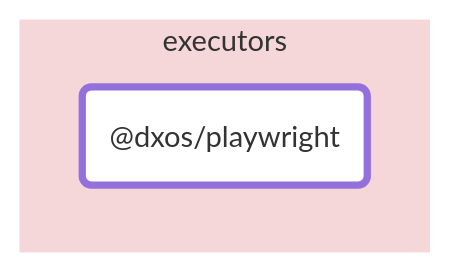
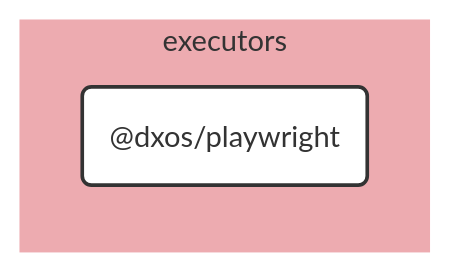
One commit to dxos/dxos changed the diagram in tools/executors/playwright/docs/README.md. Above: the diagram before and after it, drawn with Mermaid. The commit also changed 100 other files, not shown here.

````diff
--- a/tools/executors/playwright/docs/README.md
+++ b/tools/executors/playwright/docs/README.md
@@ -7,12 +7,25 @@
 ```mermaid
-flowchart LR;
+%%{ init: {'flowchart':{'curve':'basis'}} }%%
 
-style dxos/playwright fill:#fff,stroke-width:4px;
+flowchart LR
+
+%% Links
+
+%% Sections
+subgraph executors
+  style executors fill:#edabb0,stroke:#fff;
+
+  dxos/playwright("@dxos/playwright")
+end
 
 
-subgraph executors
-  style executors fill:#f5d6d9,stroke:#fff;
-  dxos/playwright("@dxos/playwright");
-end
+%% Hyperlinks
+
+%% Styles
+classDef rootNode fill:#fff,stroke:#333,stroke-width:2px
+classDef defaultNode fill:#fff,stroke:#333,stroke-width:1px
+linkStyle default stroke:#333,stroke-width:1px
+
+dxos/playwright:::rootNode
 
 ```
````
